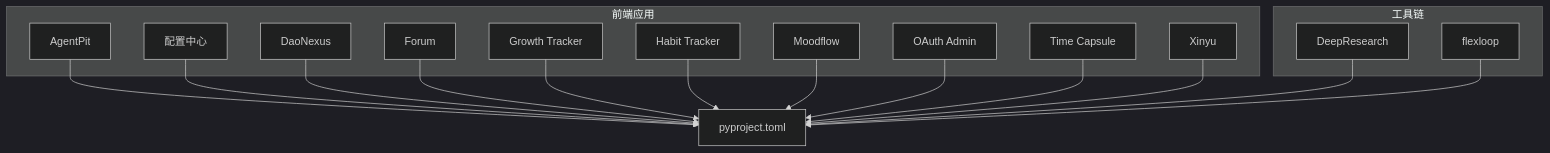
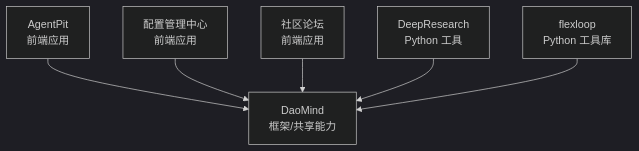
One commit to daoApps/daoApps changed the second of 9 diagrams in .qoder/repowiki/zh/content/快速开始.md. Above: the diagram before and after it, drawn with Mermaid (dark theme). The commit also changed other lines of this file and 205 other files, not shown here.

````diff
--- a/.qoder/repowiki/zh/content/快速开始.md
+++ b/.qoder/repowiki/zh/content/快速开始.md
@@ -117,32 +97,8 @@
 ```mermaid
 graph TB
-subgraph "前端应用"
-AP["AgentPit"]
-DC["配置中心"]
-DN["DaoNexus"]
-F["Forum"]
-GT["Growth Tracker"]
-HT["Habit Tracker"]
-MF["Moodflow"]
-OA["OAuth Admin"]
-TC["Time Capsule"]
-X["Xinyu"]
-end
-subgraph "工具链"
-DR["DeepResearch"]
-FL["flexloop"]
-end
-PY["pyproject.toml"]
-AP --> PY
-DC --> PY
-DN --> PY
-F --> PY
-GT --> PY
-HT --> PY
-MF --> PY
-OA --> PY
-TC --> PY
-X --> PY
-DR --> PY
-FL --> PY
+AP["AgentPit<br/>前端应用"] --> DM["DaoMind<br/>框架/共享能力"]
+CC["配置管理中心<br/>前端应用"] --> DM
+FOR["社区论坛<br/>前端应用"] --> DM
+DR["DeepResearch<br/>Python 工具"] --> DM
+FL["flexloop<br/>Python 工具库"] --> DM
 ```
````
